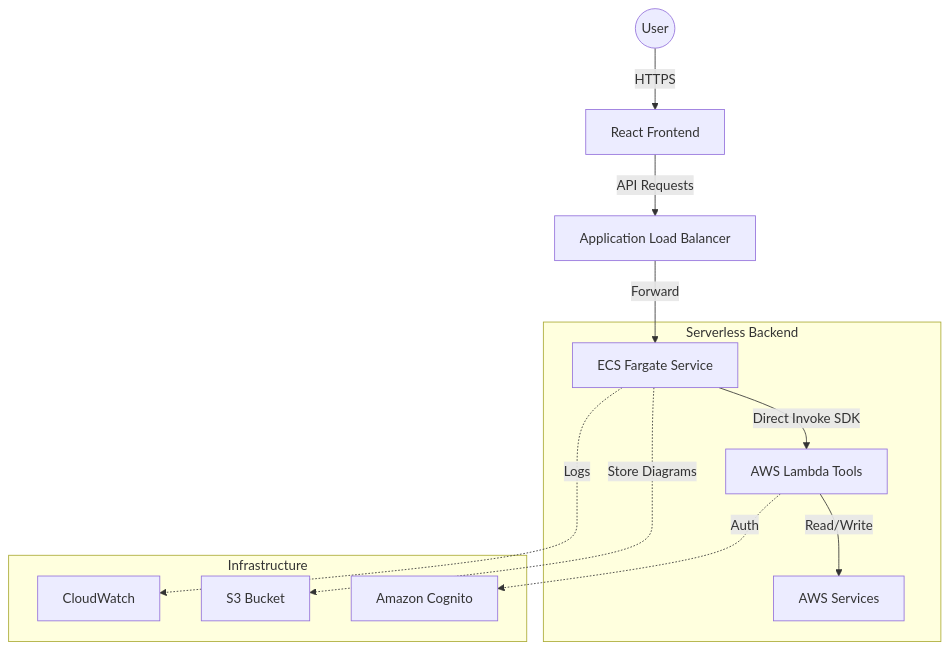
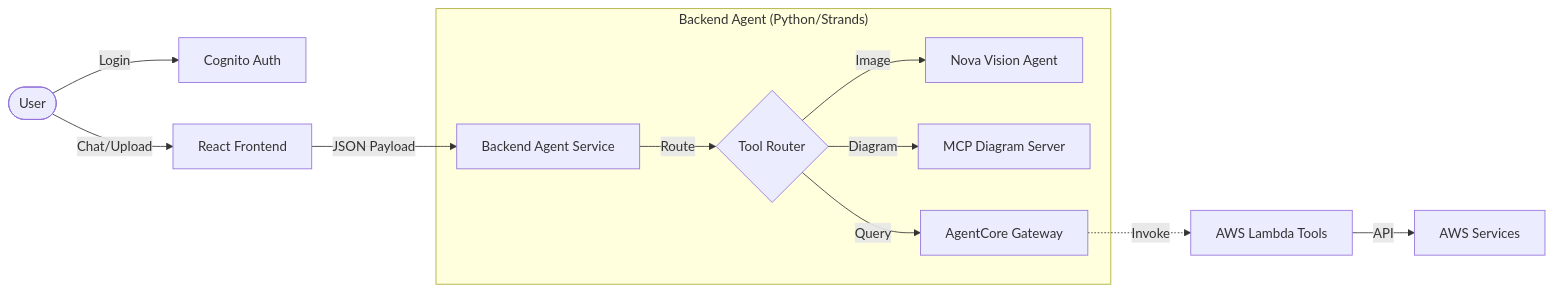
The first of 2 diagrams in README.md (evidhai/agentic_minds), drawn with Mermaid before and after one commit. The commit also changed other lines of this file and 52 other files, not shown here.

````diff
--- a/README.md
+++ b/README.md
@@ -11,17 +37,16 @@
 ```mermaid
-graph TD
-    User((User)) -->|HTTPS| Frontend[React Frontend]
-    Frontend -->|API Requests| ALB[Application Load Balancer]
-    ALB -->|Forward| FargateService[ECS Fargate Service]
+graph LR
+    User([User]) -->|Login| Auth[Cognito Auth]
+    User -->|Chat/Upload| FE[React Frontend]
+    FE -->|JSON Payload| BE[Backend Agent Service]
     
-    subgraph "Serverless Backend"
-        FargateService -->|Direct Invoke SDK| Lambda[AWS Lambda Tools]
-        Lambda -->|Read/Write| AWS[AWS Services]
+    subgraph "Backend Agent (Python/Strands)"
+        BE -->|Route| Router{Tool Router}
+        Router -->|Image| Vision[Nova Vision Agent]
+        Router -->|Diagram| MCP[MCP Diagram Server]
+        Router -->|Query| Gateway[AgentCore Gateway]
     end
-
-    subgraph "Infrastructure"
-        FargateService -.->|Logs| CloudWatch
-        FargateService -.->|Store Diagrams| S3[S3 Bucket]
-        Lambda -.->|Auth| Cognito[Amazon Cognito]
-    end
+    
+    Gateway -.->|Invoke| Lambda[AWS Lambda Tools]
+    Lambda -->|API| AWS[AWS Services]
 ```
````
